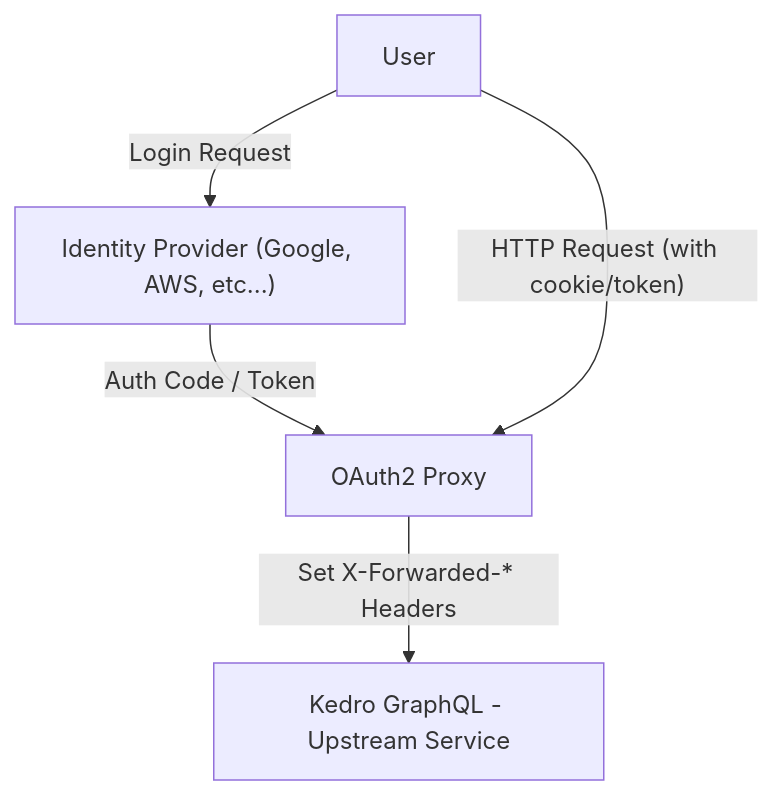
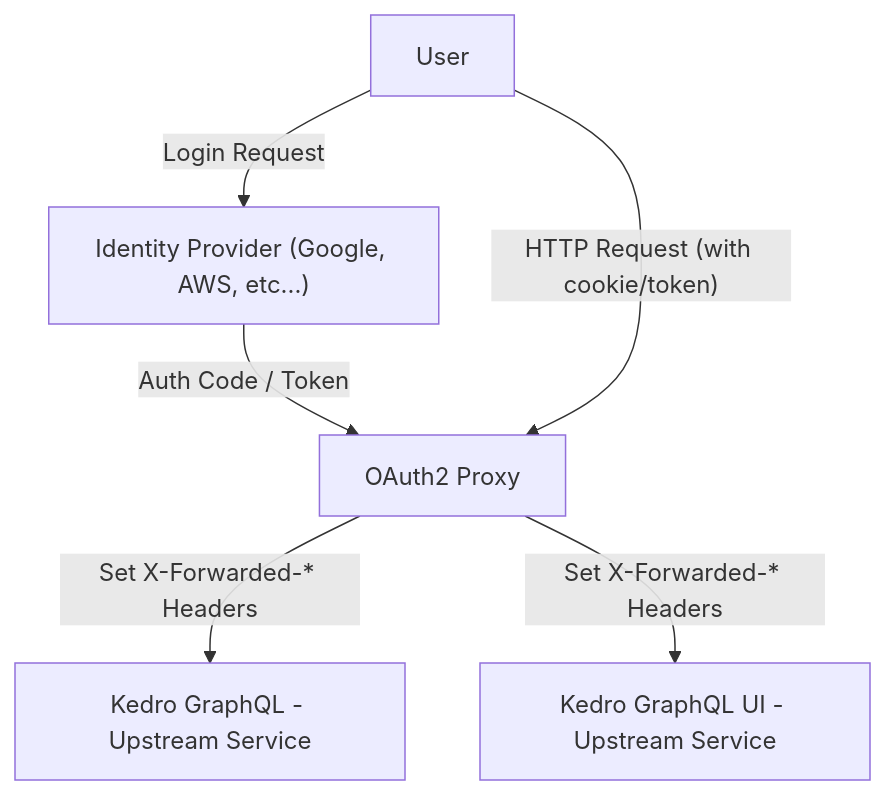
One commit to cellsignal/kedro-graphql changed the diagram in docs/extend_permissions.md. Above: the diagram before and after it, drawn with Mermaid. The commit also changed other lines of this file and 27 other files, not shown here.

````diff
--- a/docs/extend_permissions.md
+++ b/docs/extend_permissions.md
@@ -6,7 +6,8 @@
 ```mermaid
 flowchart TD
     user[User] -->|Login Request| idp["Identity Provider (Google, AWS, etc...)"]
     idp -- "Auth Code / Token" --> oauth2[OAuth2 Proxy]
     user -- "HTTP Request (with cookie/token)" --> oauth2
     oauth2 -- "Set X-Forwarded-* Headers" --> kedro[Kedro GraphQL - Upstream Service]
+    oauth2 -- "Set X-Forwarded-* Headers" --> kedroUI[Kedro GraphQL UI - Upstream Service]
 ```
````
